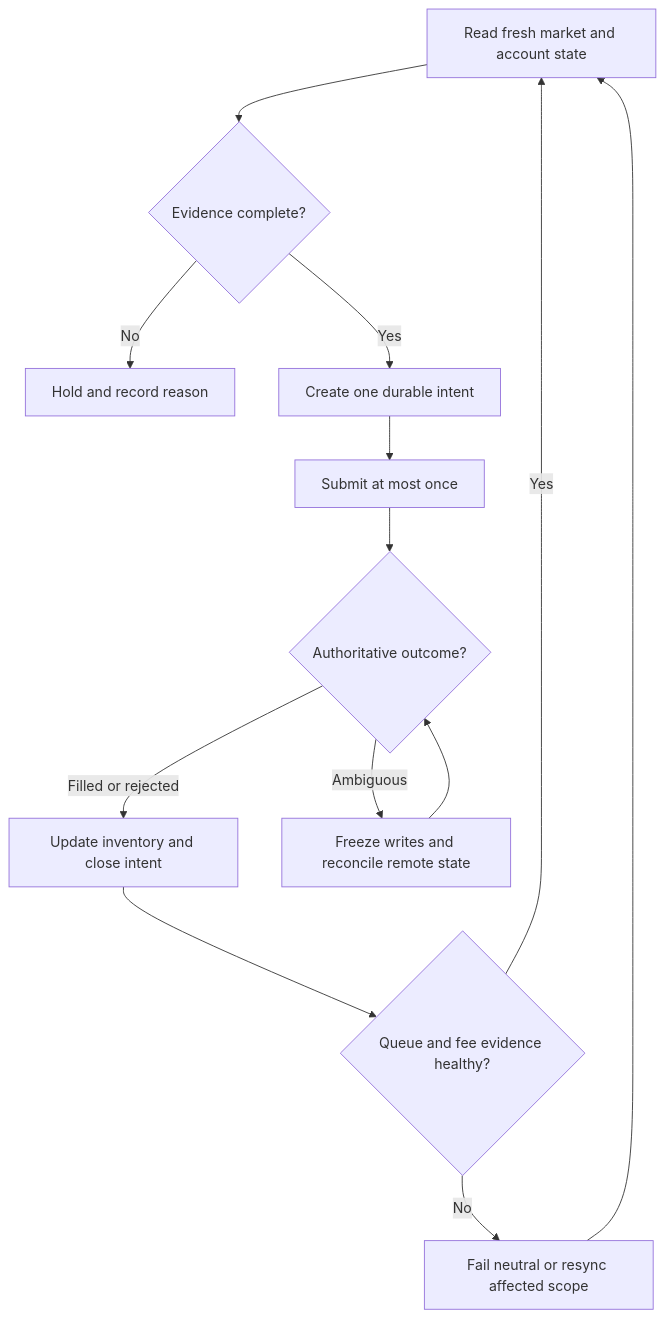
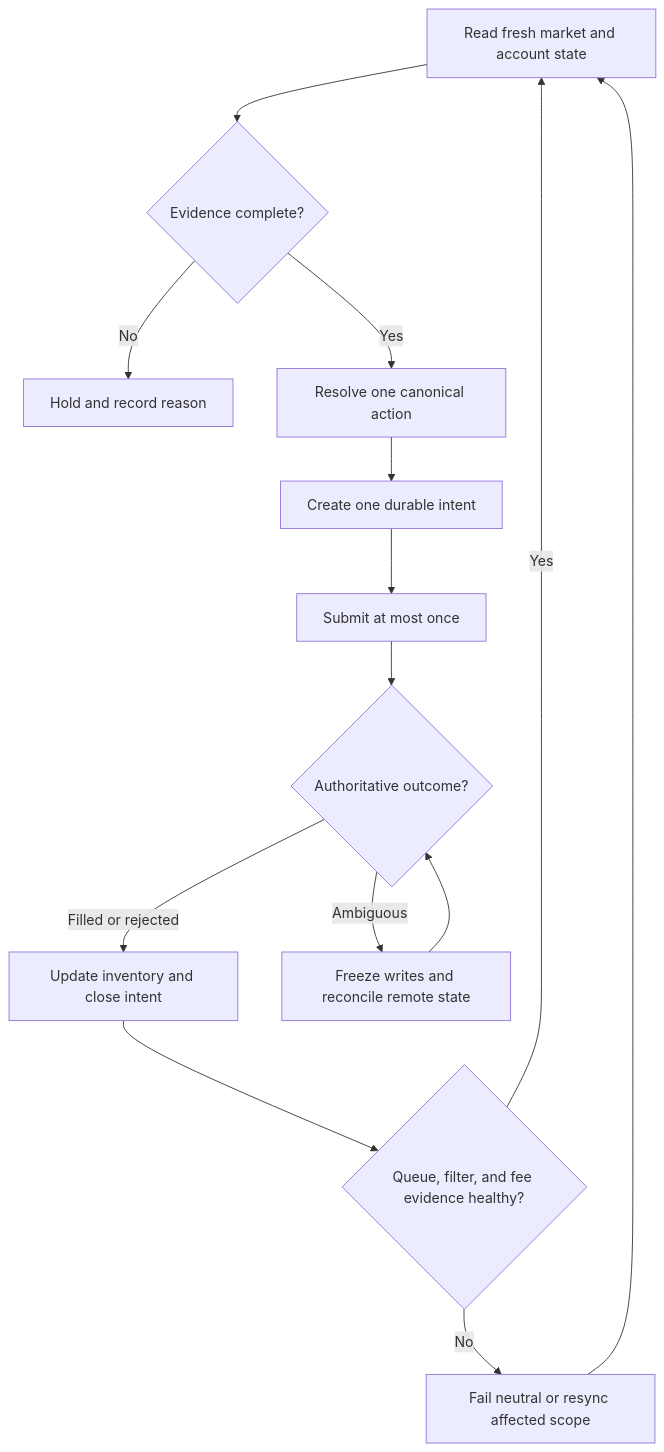
Before and after one commit to Jnapier2/automation-reliability-case-studies: the diagram in docs/crypto-spread-bot-reliability.md, drawn with Mermaid. The commit also changed other lines of this file and 4 other files, not shown here.

````diff
--- a/docs/crypto-spread-bot-reliability.md
+++ b/docs/crypto-spread-bot-reliability.md
@@ -63,15 +82,16 @@
 ```mermaid
 flowchart TD
     A["Read fresh market and account state"] --> B{"Evidence complete?"}
     B -- "No" --> H["Hold and record reason"]
-    B -- "Yes" --> C["Create one durable intent"]
-    C --> D["Submit at most once"]
-    D --> E{"Authoritative outcome?"}
-    E -- "Filled or rejected" --> F["Update inventory and close intent"]
-    E -- "Ambiguous" --> G["Freeze writes and reconcile remote state"]
-    G --> E
-    F --> I{"Queue and fee evidence healthy?"}
-    I -- "No" --> J["Fail neutral or resync affected scope"]
-    I -- "Yes" --> A
-    J --> A
+    B -- "Yes" --> C["Resolve one canonical action"]
+    C --> D["Create one durable intent"]
+    D --> E["Submit at most once"]
+    E --> F{"Authoritative outcome?"}
+    F -- "Filled or rejected" --> G["Update inventory and close intent"]
+    F -- "Ambiguous" --> I["Freeze writes and reconcile remote state"]
+    I --> F
+    G --> J{"Queue, filter, and fee evidence healthy?"}
+    J -- "No" --> K["Fail neutral or resync affected scope"]
+    J -- "Yes" --> A
+    K --> A
 ```
````
